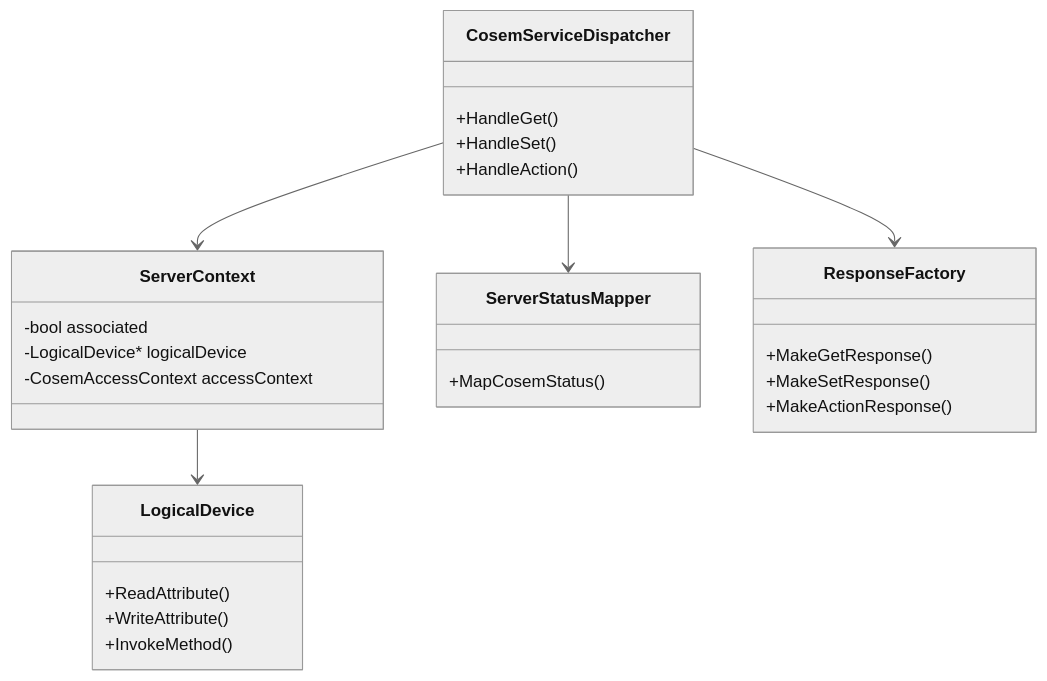
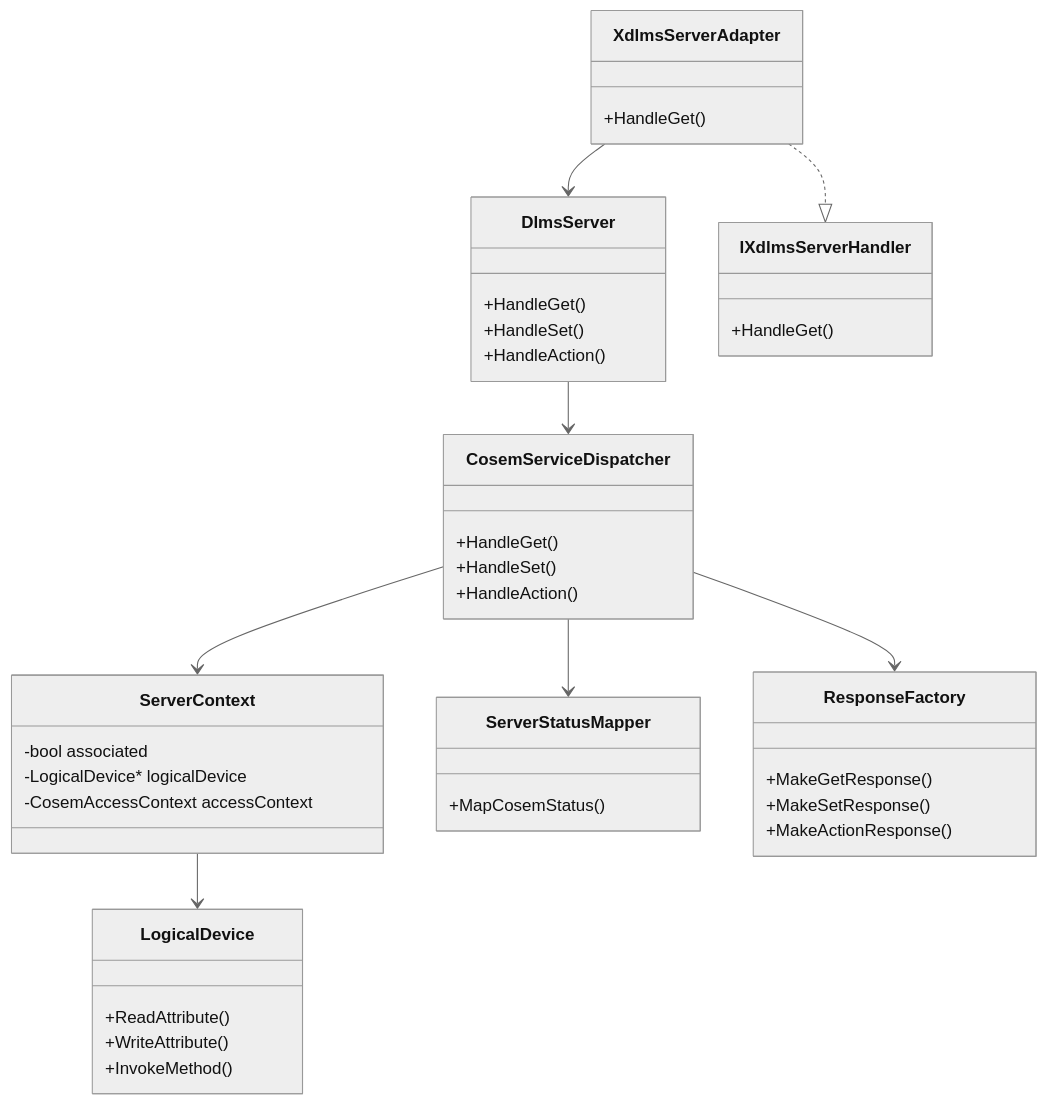
The seventh of 7 diagrams in docs/02_server_architecture.md (gvtret/dlms-server), drawn with Mermaid (neutral theme) before and after one commit. The commit also changed other lines of this file and 4 other files, not shown here.

First line of the commit message:
docs(server): define xdlms get adapter

````diff
--- a/docs/02_server_architecture.md
+++ b/docs/02_server_architecture.md
@@ -121,35 +148,52 @@
 ```mermaid
 classDiagram
   class ServerContext {
     -bool associated
     -LogicalDevice* logicalDevice
     -CosemAccessContext accessContext
   }
 
   class CosemServiceDispatcher {
+    +HandleGet()
+    +HandleSet()
+    +HandleAction()
+  }
+
+  class DlmsServer {
     +HandleGet()
     +HandleSet()
     +HandleAction()
   }
 
   class ServerStatusMapper {
     +MapCosemStatus()
   }
 
   class ResponseFactory {
     +MakeGetResponse()
     +MakeSetResponse()
     +MakeActionResponse()
   }
 
   class LogicalDevice {
     +ReadAttribute()
     +WriteAttribute()
     +InvokeMethod()
   }
 
+  class XdlmsServerAdapter {
+    +HandleGet()
+  }
+
+  class IXdlmsServerHandler {
+    +HandleGet()
+  }
+
+  XdlmsServerAdapter ..|> IXdlmsServerHandler
+  XdlmsServerAdapter --> DlmsServer
+  DlmsServer --> CosemServiceDispatcher
   CosemServiceDispatcher --> ServerContext
   CosemServiceDispatcher --> ServerStatusMapper
   CosemServiceDispatcher --> ResponseFactory
   ServerContext --> LogicalDevice
 ```
````
